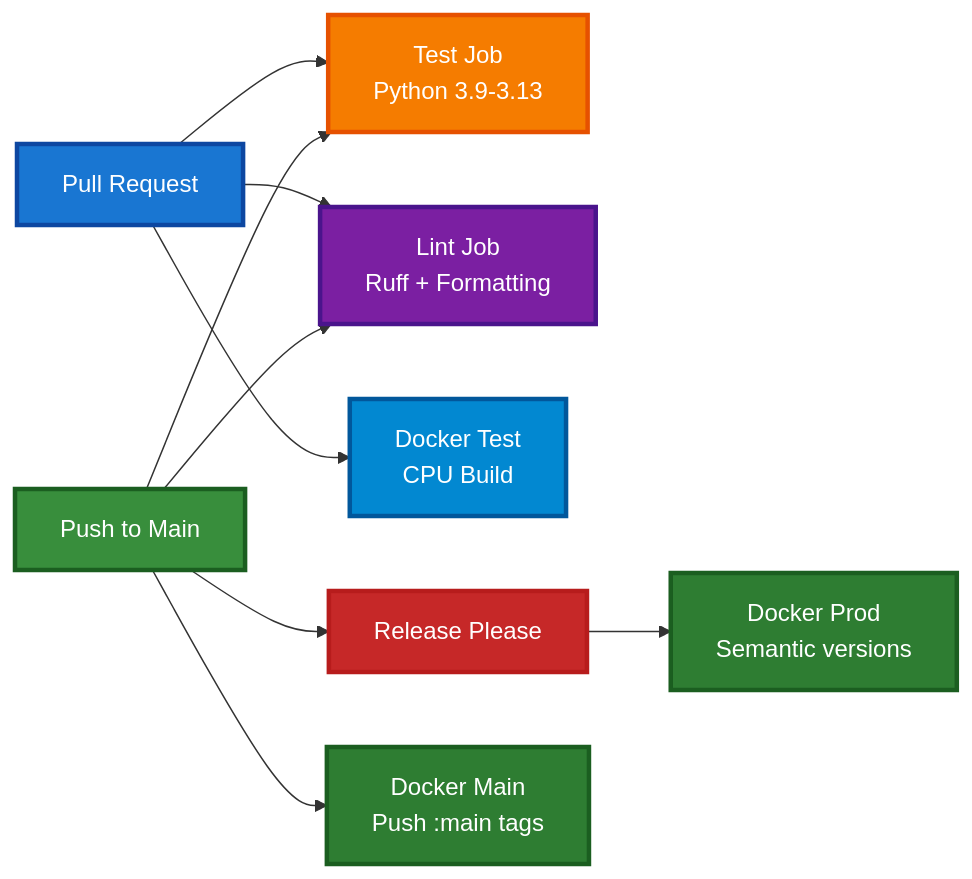
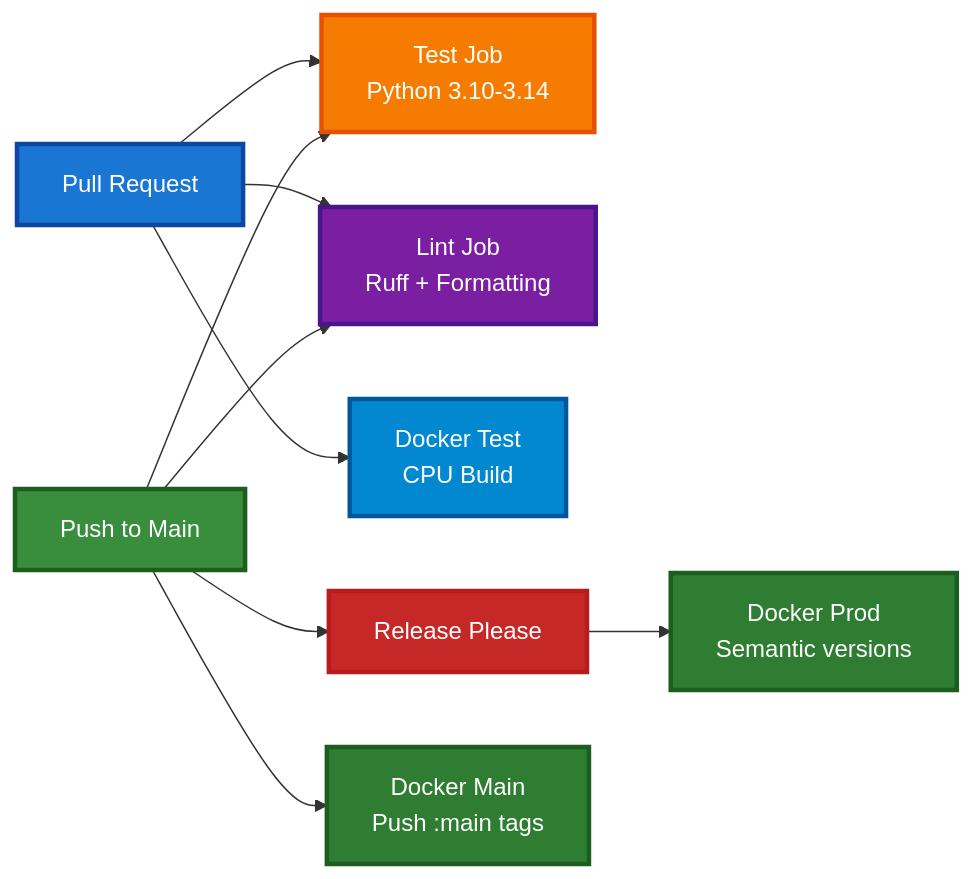
One commit to runpod-workers/worker-tetra changed the third of 3 diagrams in DEVELOPMENT.md. Above: the diagram before and after it, drawn with Mermaid. The commit also changed other lines of this file and 5 other files, not shown here.

````diff
--- a/DEVELOPMENT.md
+++ b/DEVELOPMENT.md
@@ -594,21 +594,21 @@
 ```mermaid
 graph LR
-    PR[Pull Request]:::pr --> Test[Test Job<br/>Python 3.9-3.13]:::test
+    PR[Pull Request]:::pr --> Test[Test Job<br/>Python 3.10-3.14]:::test
     PR --> Lint[Lint Job<br/>Ruff + Formatting]:::lint
     PR --> Docker[Docker Test<br/>CPU Build]:::docker
 
     Main[Push to Main]:::main --> Test
     Main --> Lint
     Main --> Release[Release Please]:::release
     Main --> DockerMain[Docker Main<br/>Push :main tags]:::dockerpush
 
     Release --> DockerProd[Docker Prod<br/>Semantic versions]:::dockerpush
 
     classDef pr fill:#1976d2,stroke:#0d47a1,stroke-width:3px,color:#fff
     classDef main fill:#388e3c,stroke:#1b5e20,stroke-width:3px,color:#fff
     classDef test fill:#f57c00,stroke:#e65100,stroke-width:3px,color:#fff
     classDef lint fill:#7b1fa2,stroke:#4a148c,stroke-width:3px,color:#fff
     classDef docker fill:#0288d1,stroke:#01579b,stroke-width:3px,color:#fff
     classDef release fill:#c62828,stroke:#b71c1c,stroke-width:3px,color:#fff
     classDef dockerpush fill:#2e7d32,stroke:#1b5e20,stroke-width:3px,color:#fff
 ```
````
